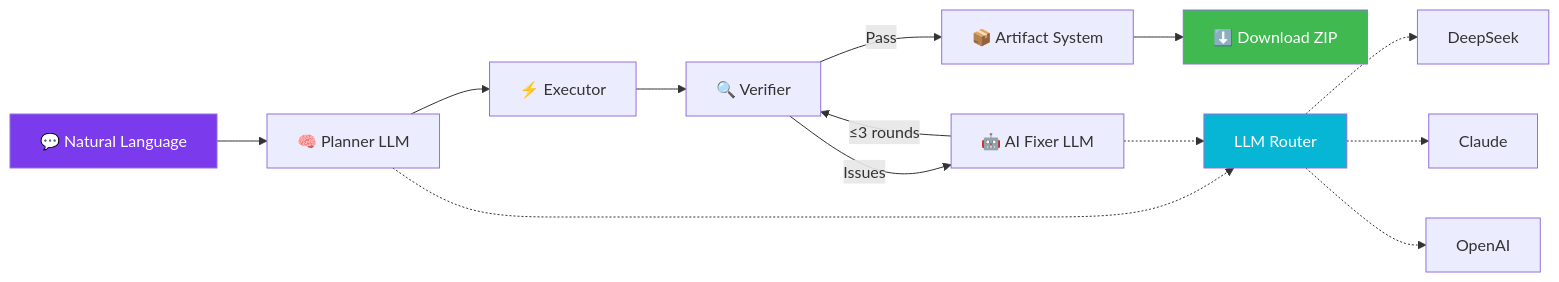
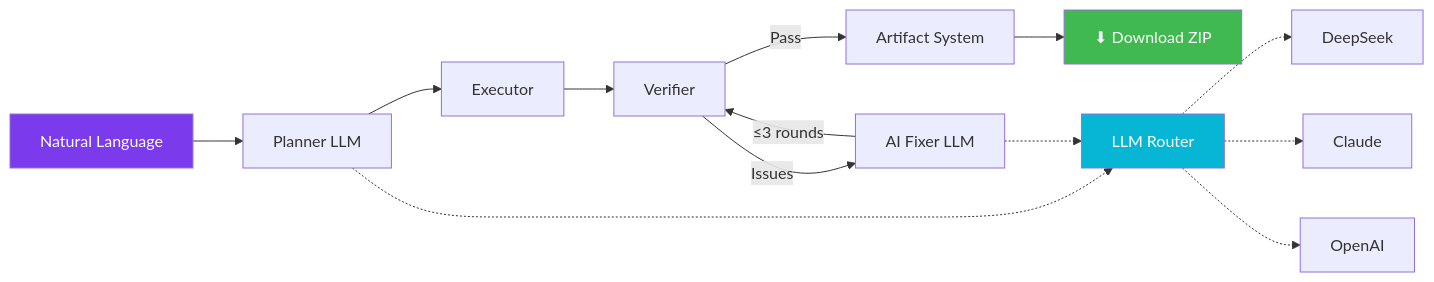
Before and after one commit to Eric30x/ai-dev-system: the diagram in README.md, drawn with Mermaid. The commit also changed other lines of this file, not shown here.

Commit message:
docs: 精简 README — 移除 emoji 装饰图标

````diff
--- a/README.md
+++ b/README.md
@@ -56,20 +56,20 @@
 ```mermaid
 graph LR
-    A[💬 Natural Language] --> B[🧠 Planner LLM]
-    B --> C[⚡ Executor]
-    C --> D[🔍 Verifier]
-    D -->|Issues| E[🤖 AI Fixer LLM]
+    A[Natural Language] --> B[Planner LLM]
+    B --> C[ Executor]
+    C --> D[ Verifier]
+    D -->|Issues| E[ AI Fixer LLM]
     E -->|≤3 rounds| D
-    D -->|Pass| F[📦 Artifact System]
-    F --> G[⬇️ Download ZIP]
+    D -->|Pass| F[ Artifact System]
+    F --> G[⬇ Download ZIP]
 
     B -.-> H[LLM Router]
     E -.-> H
     H -.-> I[DeepSeek]
     H -.-> J[Claude]
     H -.-> K[OpenAI]
 
     style A fill:#7C3AED,color:#fff
     style G fill:#3FB950,color:#fff
     style H fill:#06B6D4,color:#fff
 ```
````
